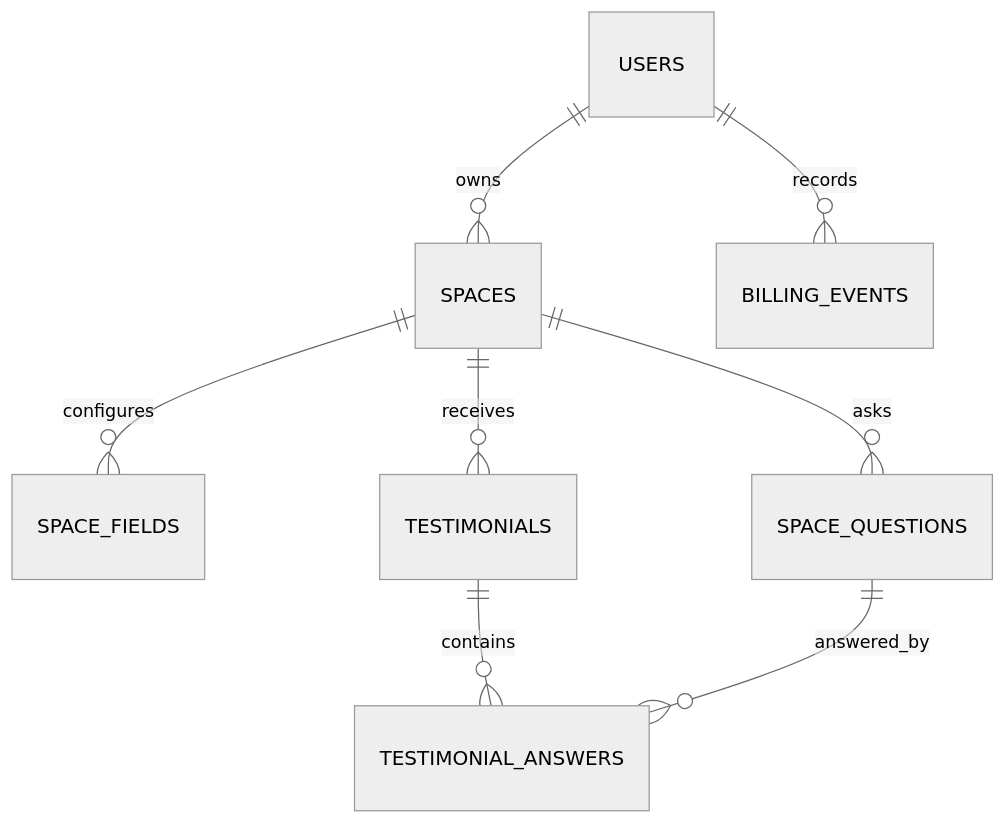
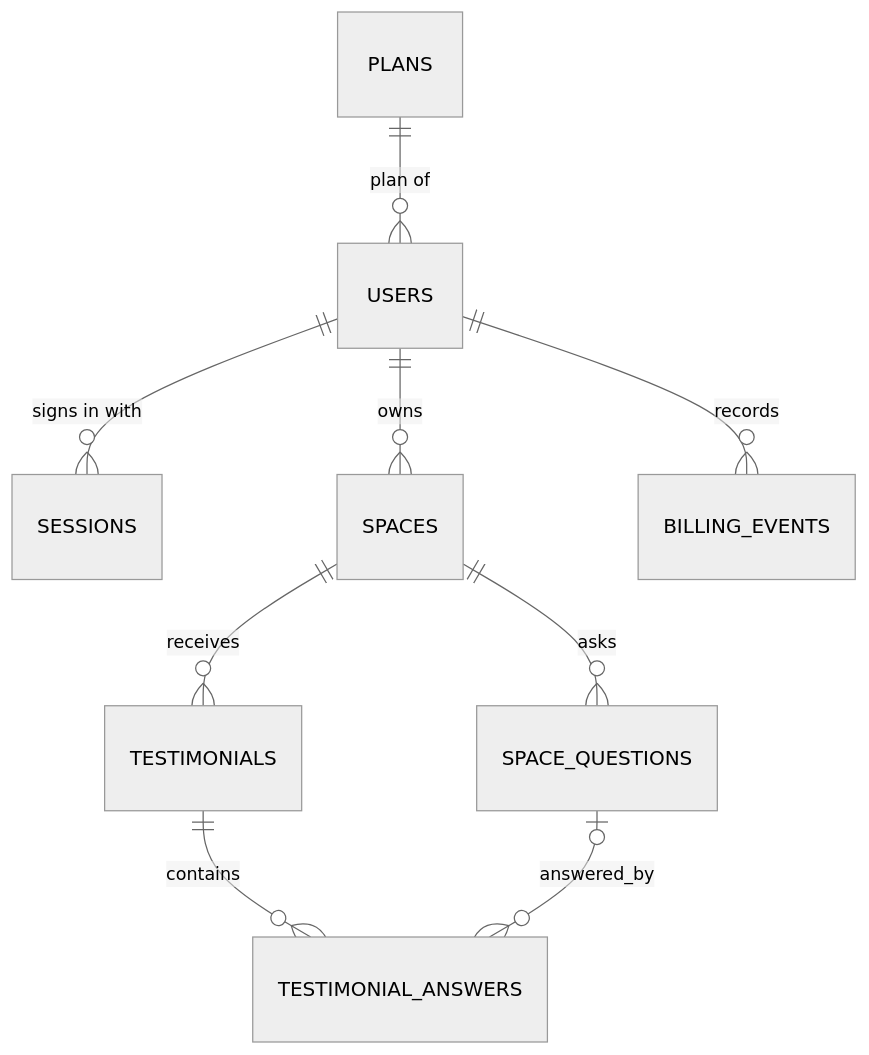
Before and after one commit to ashfiatabassum/Agentic_Project: the diagram in docs/data-model.md, drawn with Mermaid (neutral theme). The commit also changed other lines of this file and 1 other file, not shown here.

````diff
--- a/docs/data-model.md
+++ b/docs/data-model.md
@@ -5,10 +5,11 @@
 ```mermaid
 erDiagram
+    PLANS ||--o{ USERS : "plan of"
+    USERS ||--o{ SESSIONS : "signs in with"
     USERS ||--o{ SPACES : owns
     USERS ||--o{ BILLING_EVENTS : records
-    SPACES ||--o{ SPACE_FIELDS : configures
     SPACES ||--o{ SPACE_QUESTIONS : asks
     SPACES ||--o{ TESTIMONIALS : receives
     TESTIMONIALS ||--o{ TESTIMONIAL_ANSWERS : contains
-    SPACE_QUESTIONS ||--o{ TESTIMONIAL_ANSWERS : answered_by
+    SPACE_QUESTIONS |o--o{ TESTIMONIAL_ANSWERS : answered_by
 ```
````
